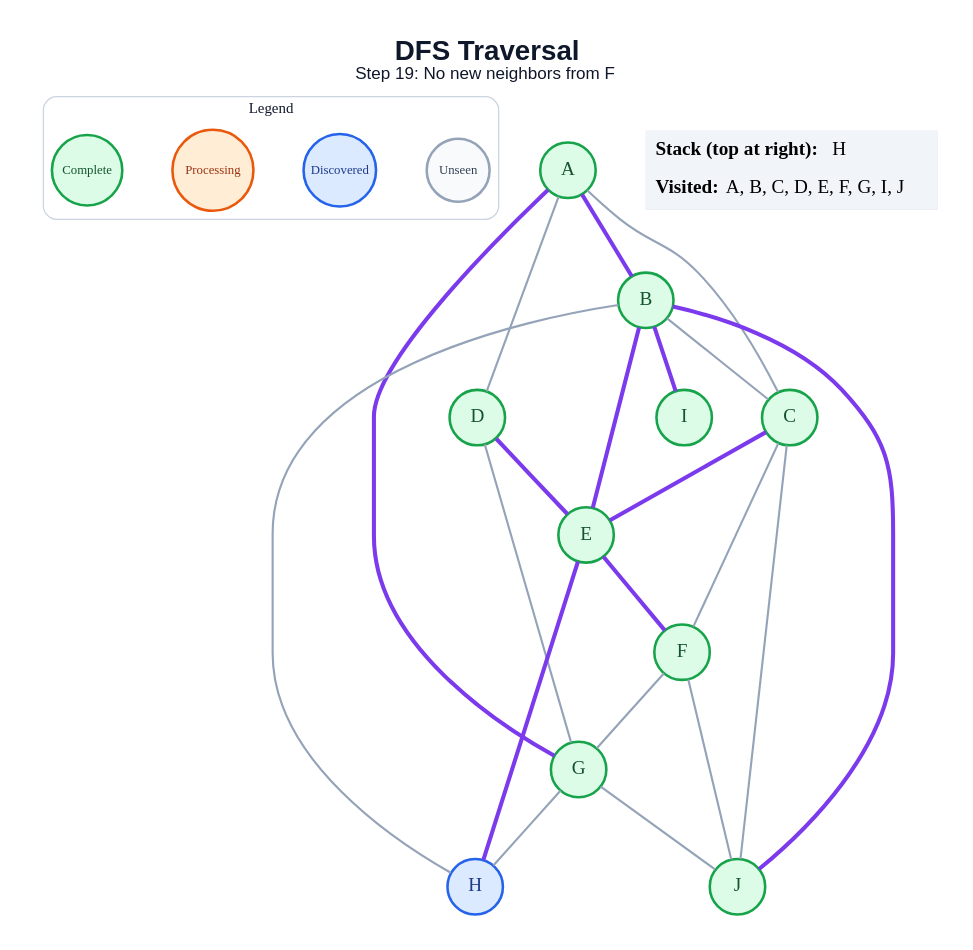
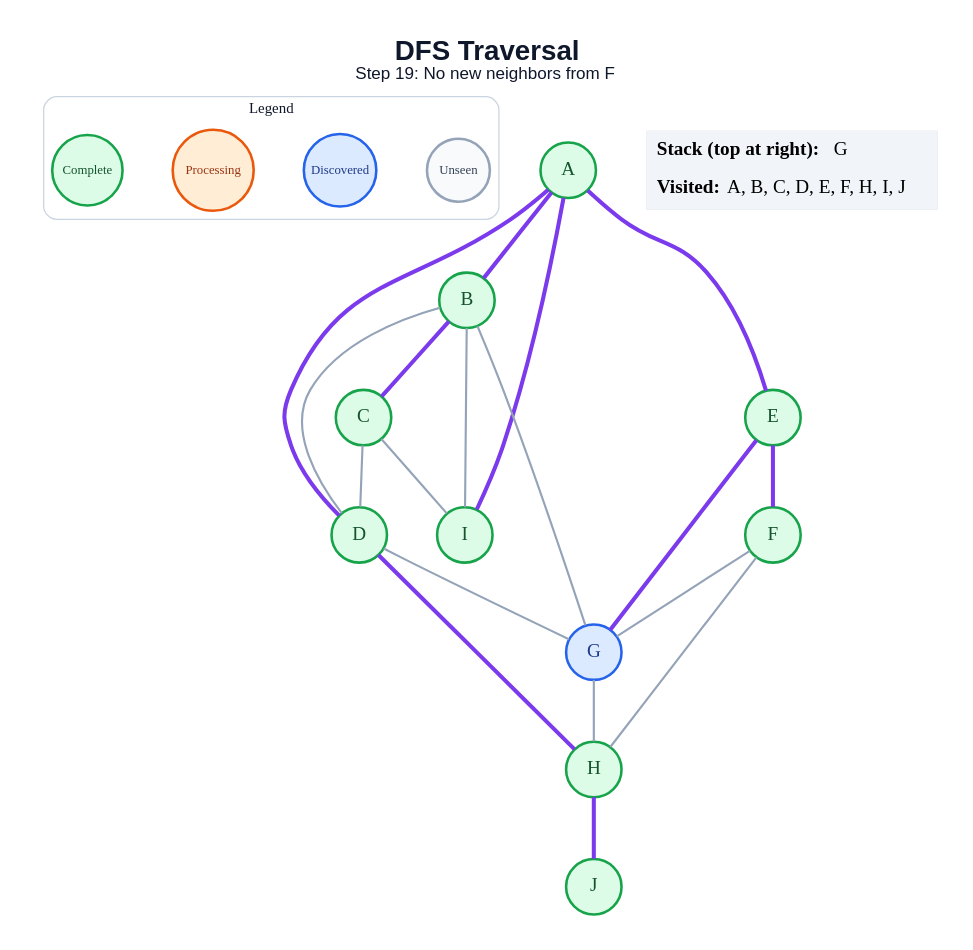
Before and after one commit to amanghodawala9/ai-slop: the diagram in generated/specific-node/dfs/step_19.dot, drawn with Graphviz. The commit also changed 178 other files, not shown here.

```diff
--- a/generated/specific-node/dfs/step_19.dot
+++ b/generated/specific-node/dfs/step_19.dot
@@ -1,49 +1,47 @@
 graph traversal {
   graph [layout=dot, rankdir=TB, bgcolor="#FFFFFF", pad="0.35", nodesep="0.65", ranksep="0.8", fontname="Arial"];
   node [shape=circle, style="filled", fontname="Arial Bold", fontsize=18, width=0.72, fixedsize=true, penwidth=2.4];
   edge [color="#94A3B8", penwidth=2.0];
   label=<<B>DFS Traversal</B><BR/><FONT POINT-SIZE="16">Step 19: No new neighbors from F</FONT>>; labelloc="t"; fontsize=26; fontname="Arial"; fontcolor="#0F172A";
   subgraph cluster_legend { label="Legend"; color="#CBD5E1"; penwidth=1.2; style="rounded"; fontsize=14; fontname="Arial Bold";
     key_unseen [label="Unseen", fillcolor="#F8FAFC", color="#94A3B8", fontcolor="#334155", fontsize=12, width=0.82];
     key_frontier [label="Discovered", fillcolor="#DBEAFE", color="#2563EB", fontcolor="#1E3A8A", fontsize=12, width=0.95];
     key_current [label="Processing", fillcolor="#FFEDD5", color="#EA580C", fontcolor="#9A3412", fontsize=12, width=1.05];
     key_done [label="Complete", fillcolor="#DCFCE7", color="#16A34A", fontcolor="#14532D", fontsize=12, width=0.92];
     { rank=same; key_unseen; key_frontier; key_current; key_done; }
   }
   A [fillcolor="#DCFCE7", color="#16A34A", fontcolor="#14532D"];
   B [fillcolor="#DCFCE7", color="#16A34A", fontcolor="#14532D"];
   C [fillcolor="#DCFCE7", color="#16A34A", fontcolor="#14532D"];
   D [fillcolor="#DCFCE7", color="#16A34A", fontcolor="#14532D"];
   E [fillcolor="#DCFCE7", color="#16A34A", fontcolor="#14532D"];
   F [fillcolor="#DCFCE7", color="#16A34A", fontcolor="#14532D"];
-  G [fillcolor="#DCFCE7", color="#16A34A", fontcolor="#14532D"];
-  H [fillcolor="#DBEAFE", color="#2563EB", fontcolor="#1E3A8A"];
+  G [fillcolor="#DBEAFE", color="#2563EB", fontcolor="#1E3A8A"];
+  H [fillcolor="#DCFCE7", color="#16A34A", fontcolor="#14532D"];
   I [fillcolor="#DCFCE7", color="#16A34A", fontcolor="#14532D"];
   J [fillcolor="#DCFCE7", color="#16A34A", fontcolor="#14532D"];
   A -- B [color="#7C3AED", penwidth=3.8];
-  A -- C;
-  A -- D;
-  A -- G [color="#7C3AED", penwidth=3.8];
-  B -- C;
-  B -- E [color="#7C3AED", penwidth=3.8];
-  B -- H;
-  B -- I [color="#7C3AED", penwidth=3.8];
-  B -- J [color="#7C3AED", penwidth=3.8];
-  C -- E [color="#7C3AED", penwidth=3.8];
-  C -- F;
-  C -- J;
-  D -- E [color="#7C3AED", penwidth=3.8];
+  A -- D [color="#7C3AED", penwidth=3.8];
+  A -- E [color="#7C3AED", penwidth=3.8];
+  A -- I [color="#7C3AED", penwidth=3.8];
+  B -- C [color="#7C3AED", penwidth=3.8];
+  B -- D;
+  B -- G;
+  B -- I;
+  C -- D;
+  C -- I;
   D -- G;
+  D -- H [color="#7C3AED", penwidth=3.8];
   E -- F [color="#7C3AED", penwidth=3.8];
-  E -- H [color="#7C3AED", penwidth=3.8];
+  E -- G [color="#7C3AED", penwidth=3.8];
   F -- G;
-  F -- J;
+  F -- H;
   G -- H;
-  G -- J;
+  H -- J [color="#7C3AED", penwidth=3.8];
   status [shape=plain, fixedsize=false, width=0, height=0, margin=0, label=<
     <TABLE BORDER="0" CELLBORDER="0" CELLPADDING="7" BGCOLOR="#F1F5F9">
-      <TR><TD ALIGN="LEFT"><B>Stack (top at right):</B> H</TD></TR>
-      <TR><TD ALIGN="LEFT"><B>Visited:</B> A, B, C, D, E, F, G, I, J</TD></TR>
+      <TR><TD ALIGN="LEFT"><B>Stack (top at right):</B> G</TD></TR>
+      <TR><TD ALIGN="LEFT"><B>Visited:</B> A, B, C, D, E, F, H, I, J</TD></TR>
     </TABLE>
   >];
 }
```
